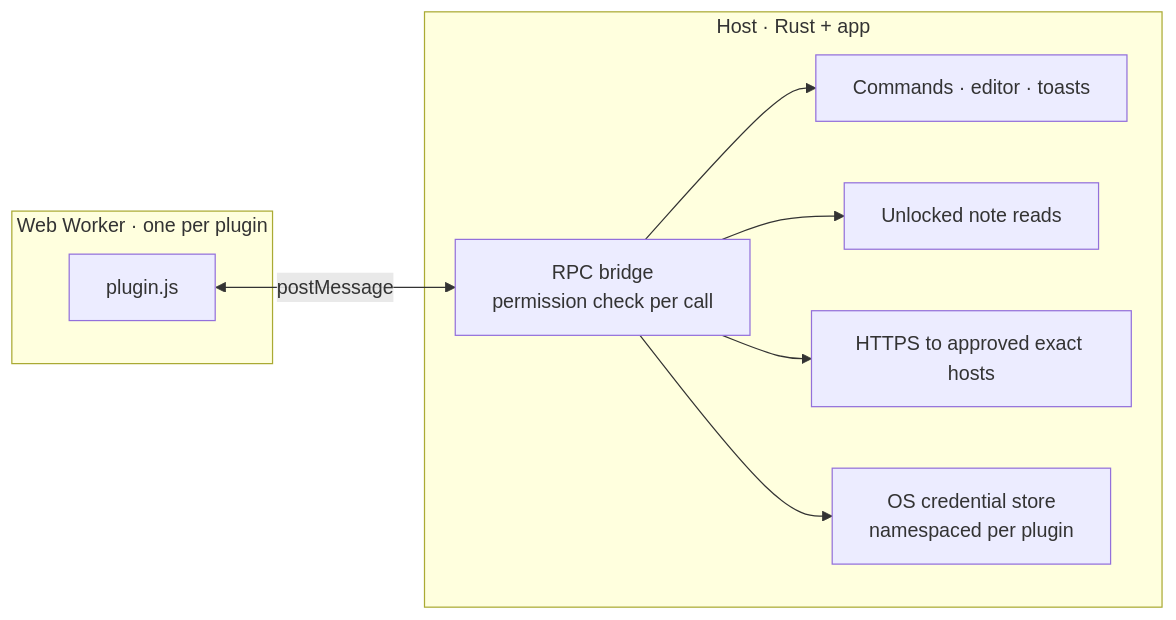
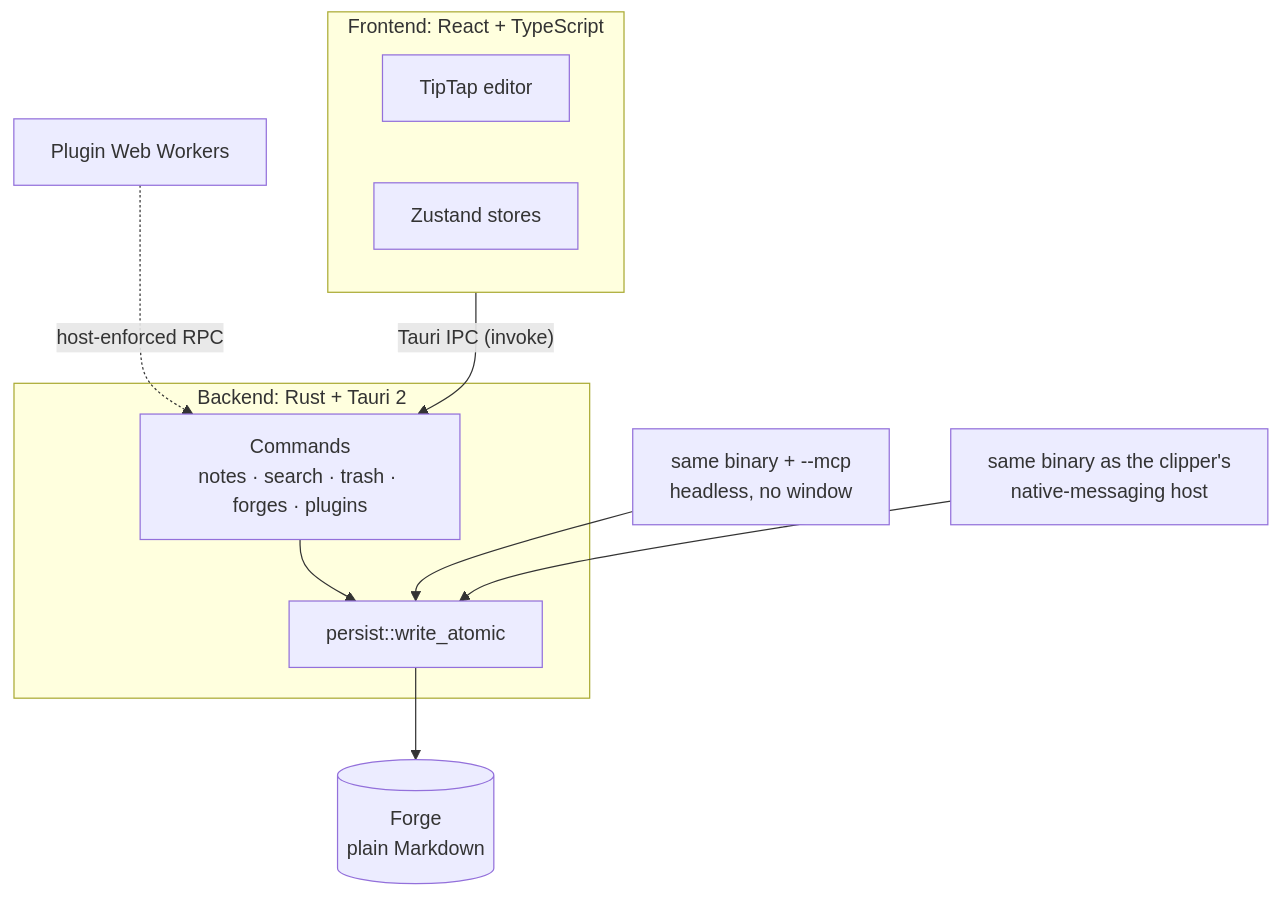
Before and after one commit to jiegui2025/larimar: the fourth of 4 diagrams in docs/ARCHITECTURE.md, drawn with Mermaid. The commit also changed other lines of this file, not shown here.

First line of the commit message:
docs(architecture): rewrite for the Rust core and native shells

````diff
--- a/docs/ARCHITECTURE.md
+++ b/docs/ARCHITECTURE.md
@@ -84,18 +158,19 @@
 ```mermaid
-flowchart LR
-    subgraph WK["Web Worker · one per plugin"]
-        P["plugin.js"]
-    end
-    subgraph HOST["Host · Rust + app"]
-        B["RPC bridge<br/>permission check per call"]
-        CMD["Commands · editor · toasts"]
-        NOTE["Unlocked note reads"]
-        NET["HTTPS to approved exact hosts"]
-        KC["OS credential store<br/>namespaced per plugin"]
-    end
-    P <-- "postMessage" --> B
-    B --> CMD
-    B --> NOTE
-    B --> NET
-    B --> KC
+flowchart TB
+  accTitle: Entrypoints of the legacy binary
+  accDescr: One binary serves the GUI, a headless MCP server, the browser clipper's native-messaging host and deep links, all writes go through the atomic write helper to the Forge.
+  subgraph FE["Frontend: React + TypeScript"]
+    ED["TipTap editor"]
+    ST["Zustand stores"]
+  end
+  subgraph BE["Backend: Rust + Tauri 2"]
+    CM["Commands<br/>notes · search · trash · forges · plugins"]
+    PS["persist::write_atomic"]
+  end
+  DISK[("Forge<br/>plain Markdown")]
+  FE -->|"Tauri IPC (invoke)"| CM
+  CM --> PS --> DISK
+  MCPB["same binary + --mcp<br/>headless, no window"] --> PS
+  CLIPB["same binary as the clipper's<br/>native-messaging host"] --> PS
+  WK["Plugin Web Workers"] -.->|"host-enforced RPC"| CM
 ```
````
